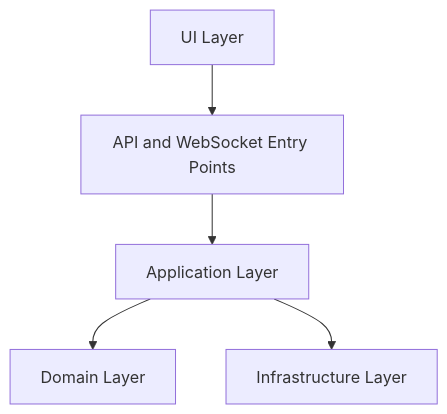
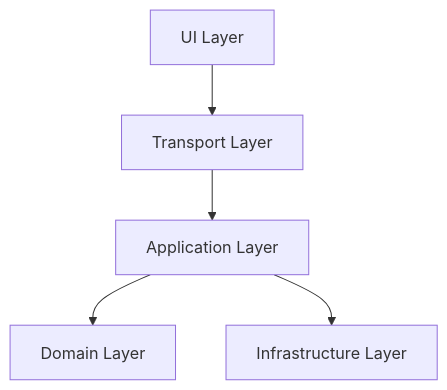
The third of 3 diagrams in docs/architecture.md (eliasfeijo/open-chat), drawn with Mermaid before and after one commit. The commit also changed other lines of this file and 12 other files, not shown here.

Commit message:
docs(architecture): clarify presentation boundaries

````diff
--- a/docs/architecture.md
+++ b/docs/architecture.md
@@ -204,13 +212,13 @@
 ```mermaid
 flowchart TD
 		UI[UI Layer]
-		API[API and WebSocket Entry Points]
+		TRANSPORT[Transport Layer]
 		APP[Application Layer]
 		DOMAIN[Domain Layer]
 		INFRA[Infrastructure Layer]
 
-		UI --> API
-		API --> APP
+		UI --> TRANSPORT
+		TRANSPORT --> APP
 		APP --> DOMAIN
 		APP --> INFRA
 ```
````
